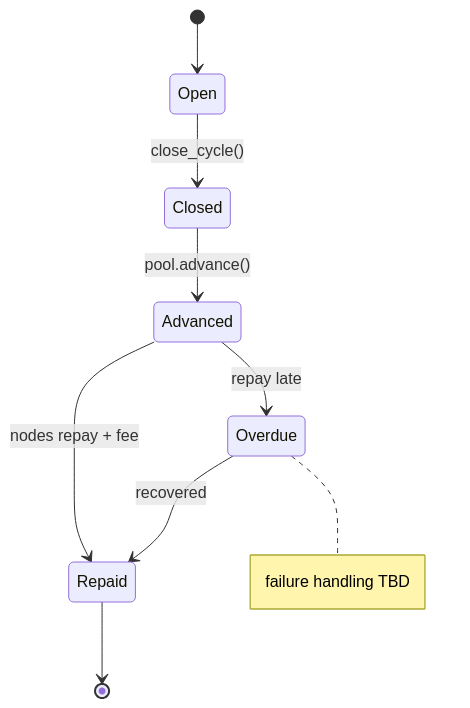
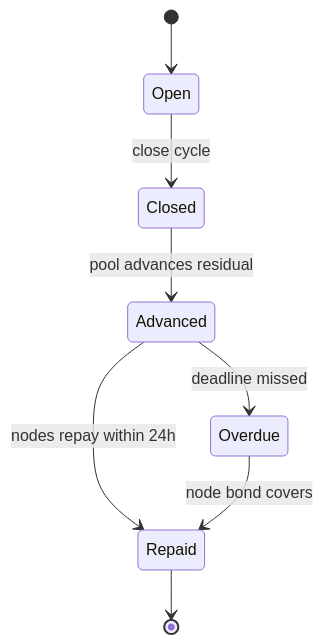
Before and after one commit to Rift-FI/Documents: the third of 6 diagrams in Architecture.md, drawn with Mermaid. The commit also changed other lines of this file, not shown here.

````diff
--- a/Architecture.md
+++ b/Architecture.md
@@ -111,11 +105,10 @@
 ```mermaid
 stateDiagram-v2
   [*] --> Open
-  Open --> Closed: close_cycle()
-  Closed --> Advanced: pool.advance()
-  Advanced --> Repaid: nodes repay + fee
-  Advanced --> Overdue: repay late
-  Overdue --> Repaid: recovered
+  Open --> Closed: close cycle
+  Closed --> Advanced: pool advances residual
+  Advanced --> Repaid: nodes repay within 24h
+  Advanced --> Overdue: deadline missed
+  Overdue --> Repaid: node bond covers
   Repaid --> [*]
-  note right of Overdue: failure handling TBD
 ```
````
